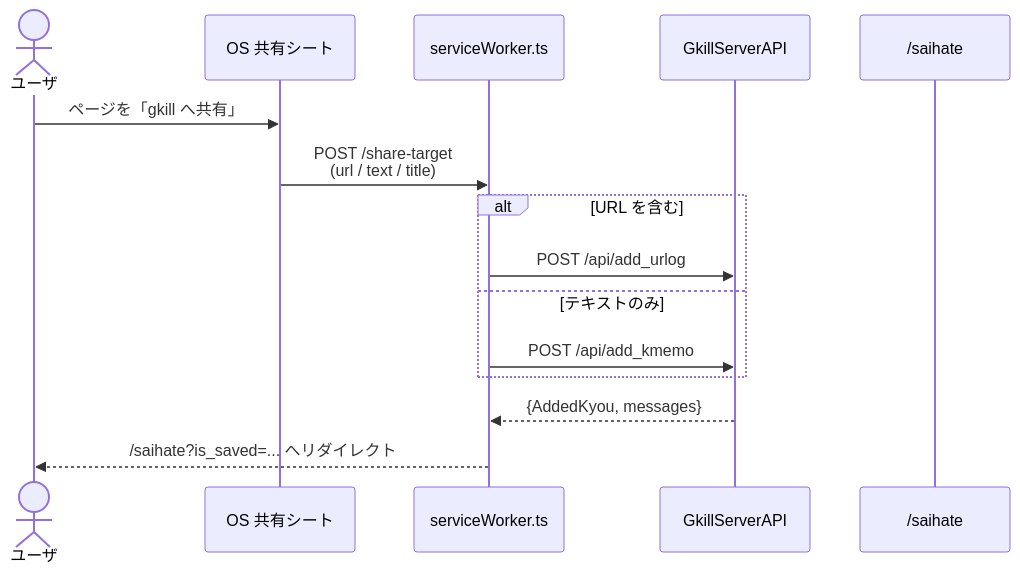
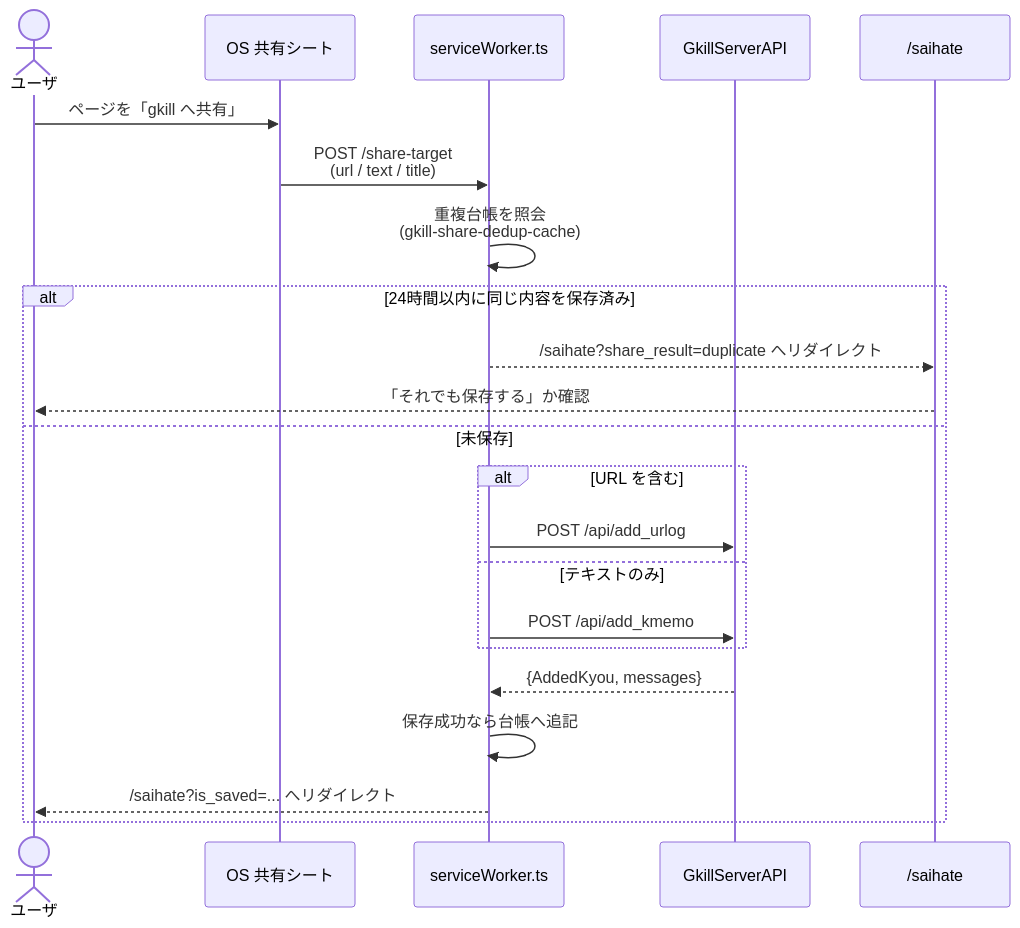
One commit to mt3hr/gkill changed the eighth of 25 diagrams in documents/reverse/scenario.md. Above: the diagram before and after it, drawn with Mermaid. The commit also changed other lines of this file and 33 other files, not shown here.

````diff
--- a/documents/reverse/scenario.md
+++ b/documents/reverse/scenario.md
@@ -276,18 +276,25 @@
 ```mermaid
 sequenceDiagram
     actor User as ユーザ
     participant OS as OS 共有シート
     participant SW as serviceWorker.ts
     participant API as GkillServerAPI
     participant Saihate as /saihate
 
     User->>OS: ページを「gkill へ共有」
     OS->>SW: POST /share-target<br>(url / text / title)
-    alt URL を含む
-        SW->>API: POST /api/add_urlog
-    else テキストのみ
-        SW->>API: POST /api/add_kmemo
+    SW->>SW: 重複台帳を照会<br>(gkill-share-dedup-cache)
+    alt 24時間以内に同じ内容を保存済み
+        SW-->>Saihate: /saihate?share_result=duplicate へリダイレクト
+        Saihate-->>User: 「それでも保存する」か確認
+    else 未保存
+        alt URL を含む
+            SW->>API: POST /api/add_urlog
+        else テキストのみ
+            SW->>API: POST /api/add_kmemo
+        end
+        API-->>SW: {AddedKyou, messages}
+        SW->>SW: 保存成功なら台帳へ追記
+        SW-->>User: /saihate?is_saved=... へリダイレクト
     end
-    API-->>SW: {AddedKyou, messages}
-    SW-->>User: /saihate?is_saved=... へリダイレクト
 ```
````
